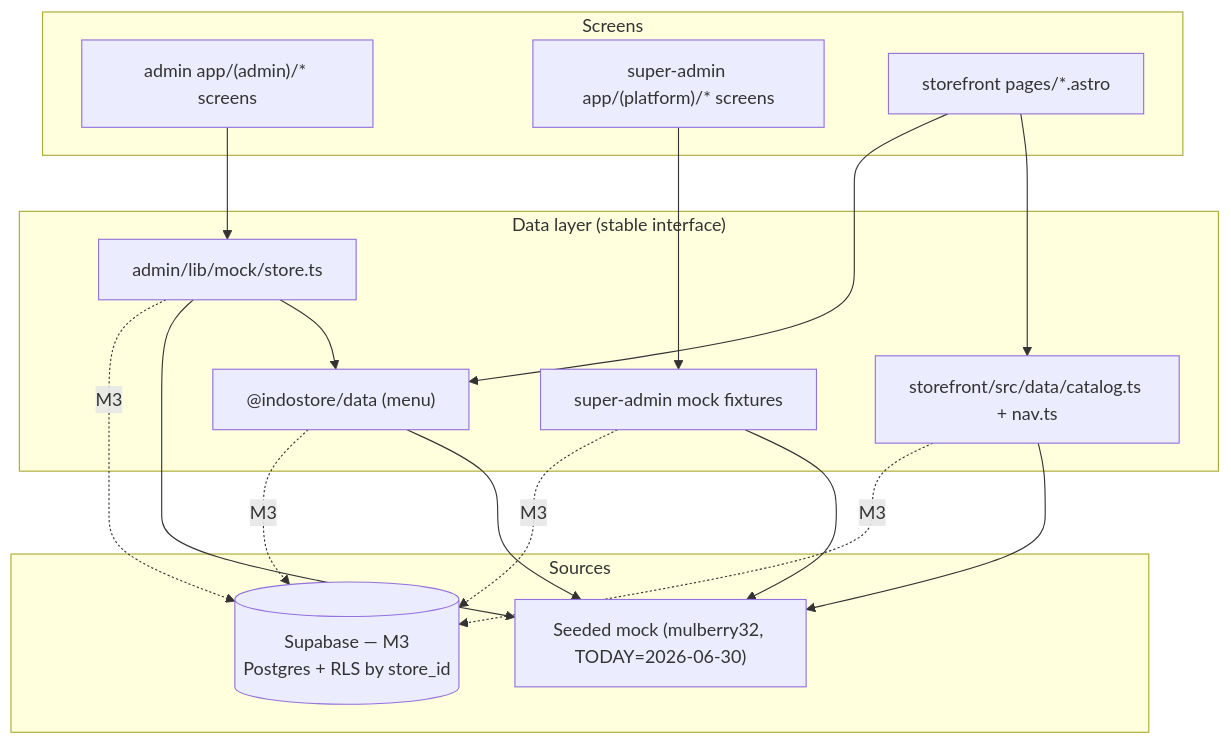
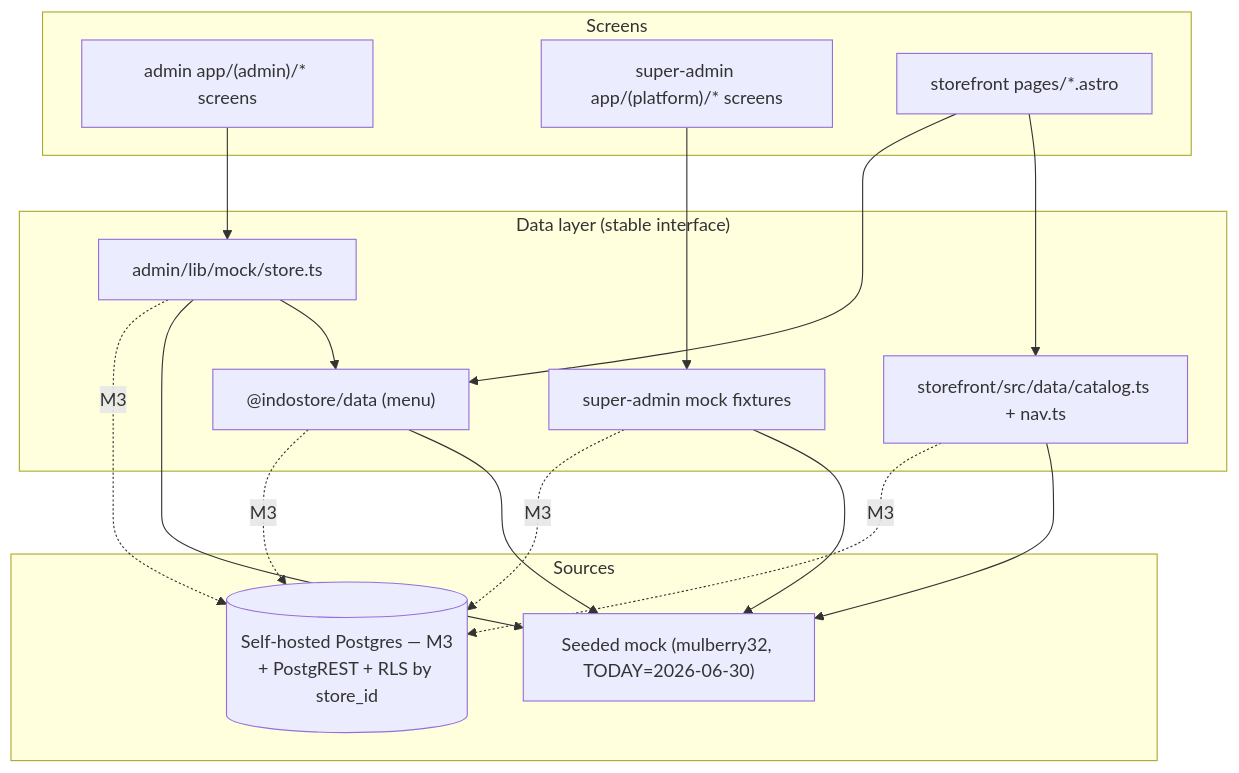
Before and after one commit to ongkipro/tokophi: the seventh of 11 diagrams in specs/docs/UML.md, drawn with Mermaid. The commit also changed other lines of this file and 17 other files, not shown here.

First line of the commit message:
docs: prod backend = self-hosted Postgres + PostgREST on VPS (not Supabase)

````diff
--- a/specs/docs/UML.md
+++ b/specs/docs/UML.md
@@ -318,33 +318,33 @@
 ```mermaid
 graph TB
   subgraph Screens
     A1["admin app/(admin)/* screens"]
     S1["super-admin app/(platform)/* screens"]
     F1["storefront pages/*.astro"]
   end
   subgraph Seam["Data layer (stable interface)"]
     AM["admin/lib/mock/store.ts"]
     SM["super-admin mock fixtures"]
     SC["storefront/src/data/catalog.ts + nav.ts"]
     DP["@indostore/data (menu)"]
   end
   subgraph Sources
     MOCK["Seeded mock (mulberry32, TODAY=2026-06-30)"]
-    SB[("Supabase — M3<br/>Postgres + RLS by store_id")]
+    SB[("Self-hosted Postgres — M3<br/>+ PostgREST + RLS by store_id")]
   end
 
   A1 --> AM
   S1 --> SM
   F1 --> SC
   F1 --> DP
   AM --> DP
 
   AM --> MOCK
   SM --> MOCK
   SC --> MOCK
   DP --> MOCK
   AM -. M3 .-> SB
   SM -. M3 .-> SB
   SC -. M3 .-> SB
   DP -. M3 .-> SB
 ```
````
